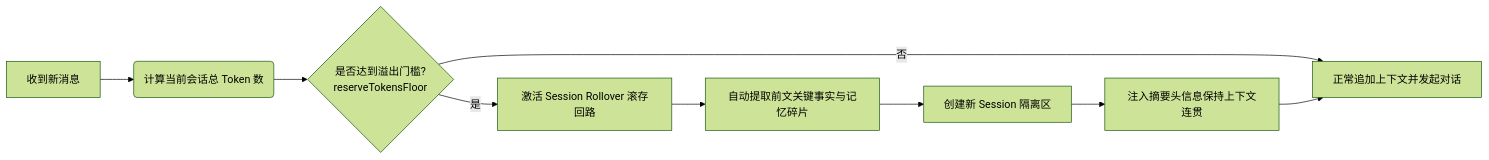
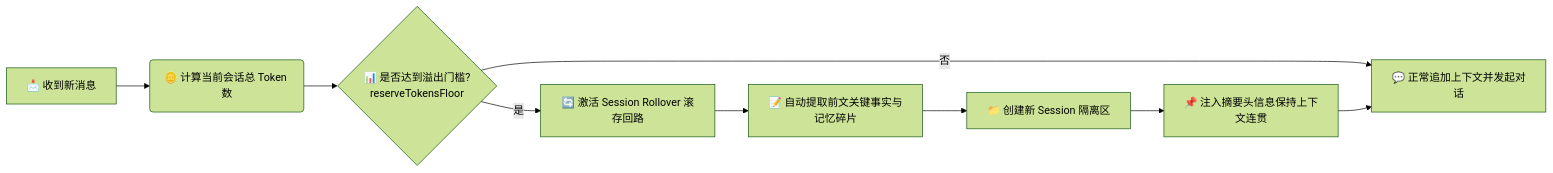
One commit to 2014-y/NexoraAgent changed the fourth of 5 diagrams in README.md. Above: the diagram before and after it, drawn with Mermaid (forest theme). The commit also changed other lines of this file, not shown here.

````diff
--- a/README.md
+++ b/README.md
@@ -314,11 +372,11 @@
 ```mermaid
 flowchart LR
-    A[收到新消息] --> B(计算当前会话总 Token 数)
-    B --> C{是否达到溢出门槛?<br/>reserveTokensFloor}
-    C -- 否 --> D[正常追加上下文并发起对话]
-    C -- 是 --> E[激活 Session Rollover 滚存回路]
-    E --> F[自动提取前文关键事实与记忆碎片]
-    F --> G[创建新 Session 隔离区]
-    G --> H[注入摘要头信息保持上下文连贯]
+    A[📩 收到新消息] --> B(🪙 计算当前会话总 Token 数)
+    B --> C{📊 是否达到溢出门槛?<br/>reserveTokensFloor}
+    C -- 否 --> D[💬 正常追加上下文并发起对话]
+    C -- 是 --> E[🔄 激活 Session Rollover 滚存回路]
+    E --> F[📝 自动提取前文关键事实与记忆碎片]
+    F --> G[📁 创建新 Session 隔离区]
+    G --> H[📌 注入摘要头信息保持上下文连贯]
     H --> D
 ```
````
